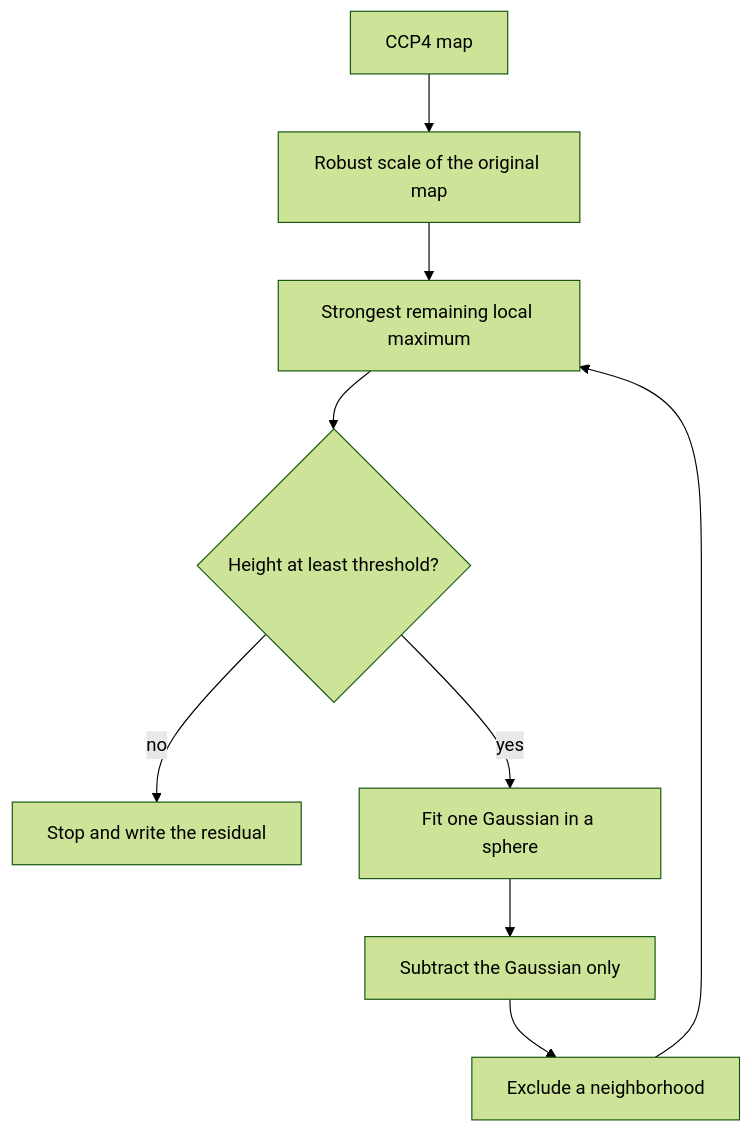
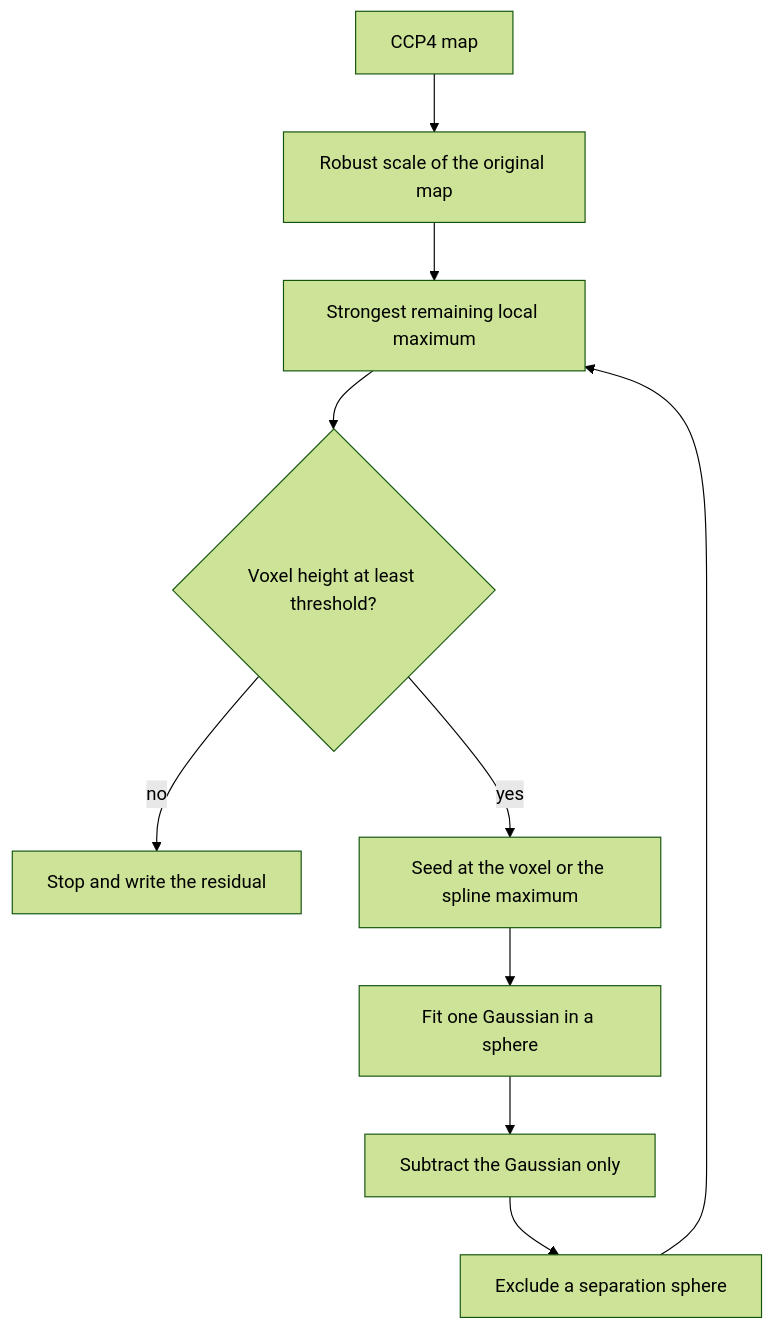
The second of 2 diagrams in docs/workflows.md (asouda/xfel-gaussian), drawn with Mermaid (forest theme) before and after one commit. The commit also changed other lines of this file and 11 other files, not shown here.

Commit message:
Updated documentation and added spline interpolation to find a position with maximum density to be used as a center of a Gaussian fit

````diff
--- a/docs/workflows.md
+++ b/docs/workflows.md
@@ -70,11 +70,12 @@
 ```mermaid
 flowchart TD
   A[CCP4 map] --> B[Robust scale of the original map]
   B --> C[Strongest remaining local maximum]
-  C --> D{Height at least threshold?}
+  C --> D{Voxel height at least threshold?}
   D -->|no| E[Stop and write the residual]
-  D -->|yes| F[Fit one Gaussian in a sphere]
+  D -->|yes| S[Seed at the voxel or the spline maximum]
+  S --> F[Fit one Gaussian in a sphere]
   F --> G[Subtract the Gaussian only]
-  G --> H[Exclude a neighborhood]
+  G --> H[Exclude a separation sphere]
   H --> C
 ```
````
